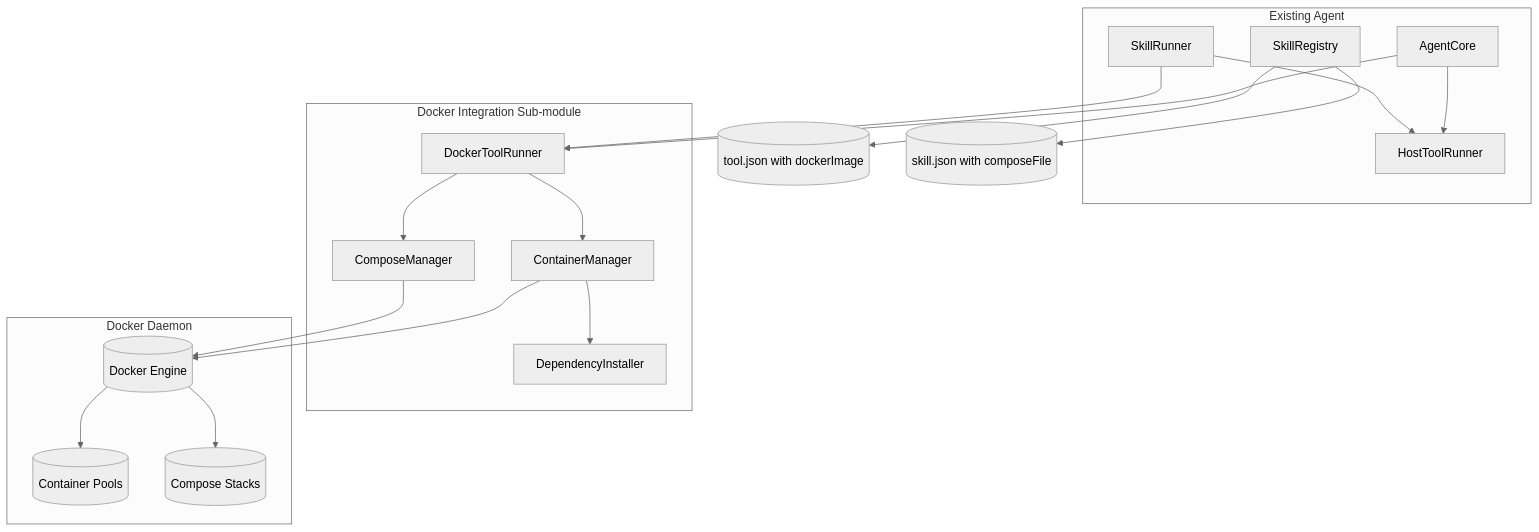
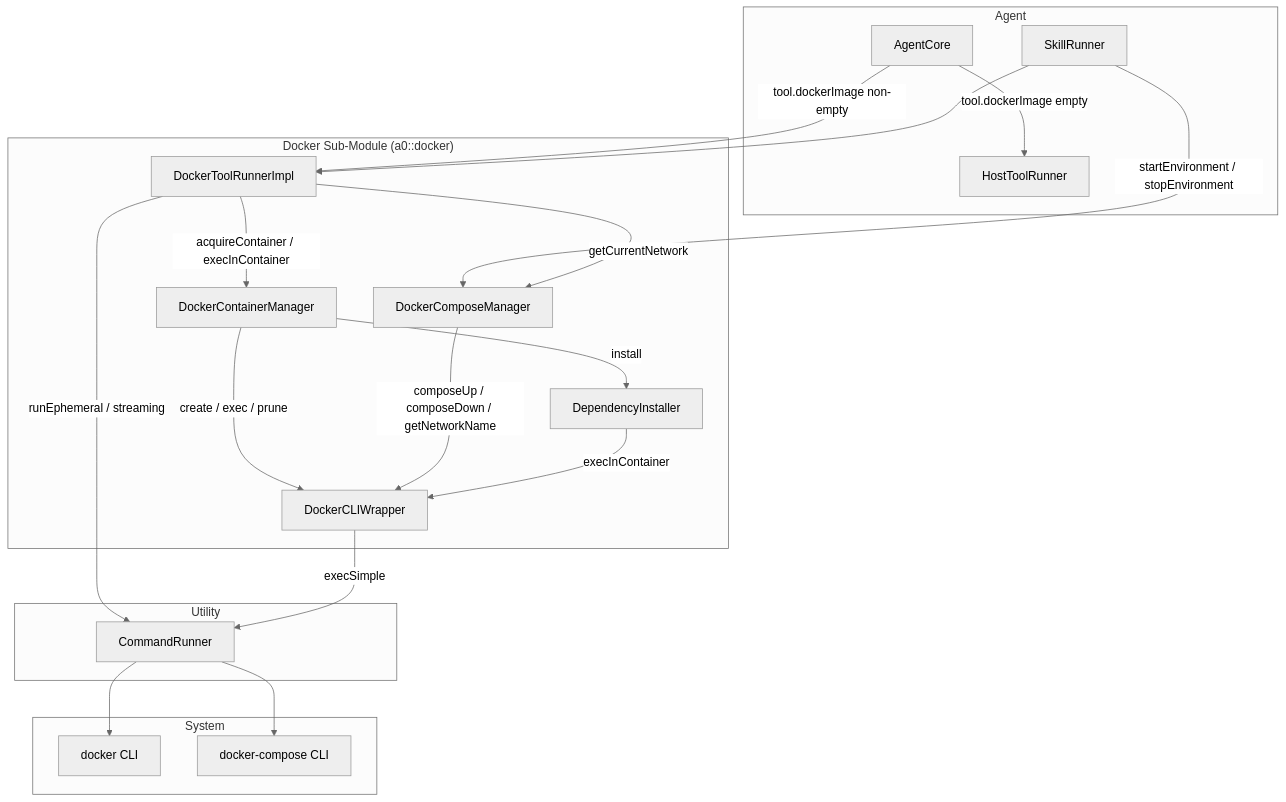
One commit to opensassi/a0 changed the first of 5 diagrams in src/docker/technical-specification.md. Above: the diagram before and after it, drawn with Mermaid (neutral theme). The commit also changed other lines of this file and 165 other files, not shown here.

````diff
--- a/src/docker/technical-specification.md
+++ b/src/docker/technical-specification.md
@@ -168,39 +233,40 @@
 ```mermaid
 graph TB
-    subgraph "Existing Agent"
+    subgraph Agent
         Core[AgentCore]
-        Reg[SkillRegistry]
-        SkillRunner[SkillRunner]
-        HostRunner[HostToolRunner]
+        SR[SkillRunner]
+        Host[HostToolRunner]
     end
 
-    subgraph "Docker Integration Sub‑module"
-        DockerRunner[DockerToolRunner]
-        ContainerMgr[ContainerManager]
-        ComposeMgr[ComposeManager]
-        DepInstaller[DependencyInstaller]
+    subgraph "Docker Sub-Module (a0::docker)"
+        DTR[DockerToolRunnerImpl]
+        CM[DockerContainerManager]
+        CompM[DockerComposeManager]
+        DI[DependencyInstaller]
+        DCW[DockerCLIWrapper]
     end
 
-    subgraph "Docker Daemon"
-        Docker[(Docker Engine)]
-        Containers[(Container Pools)]
-        ComposeStacks[(Compose Stacks)]
+    subgraph Utility
+        CR[CommandRunner]
     end
 
-    Core --> DockerRunner
-    Core --> HostRunner
-    SkillRunner --> DockerRunner
-    SkillRunner --> HostRunner
+    subgraph System
+        DOCKER[docker CLI]
+        DC[docker-compose CLI]
+    end
 
-    DockerRunner --> ContainerMgr
-    DockerRunner --> ComposeMgr
-    ContainerMgr --> DepInstaller
-    ContainerMgr --> Docker
-    ComposeMgr --> Docker
-
-    Docker --> Containers
-    Docker --> ComposeStacks
-
-    Reg --> ToolJSON[(tool.json with dockerImage)]
-    Reg --> SkillJSON[(skill.json with composeFile)]
+    Core -->|tool.dockerImage non-empty| DTR
+    Core -->|tool.dockerImage empty| Host
+    SR -->|startEnvironment / stopEnvironment| CompM
+    SR --> DTR
+    DTR -->|acquireContainer / execInContainer| CM
+    DTR -->|getCurrentNetwork| CompM
+    DTR -->|runEphemeral / streaming| CR
+    CM -->|create / exec / prune| DCW
+    CM -->|install| DI
+    CompM -->|composeUp / composeDown / getNetworkName| DCW
+    DI -->|execInContainer| DCW
+    DCW -->|execSimple| CR
+    CR --> DOCKER
+    CR --> DC
 ```
````
